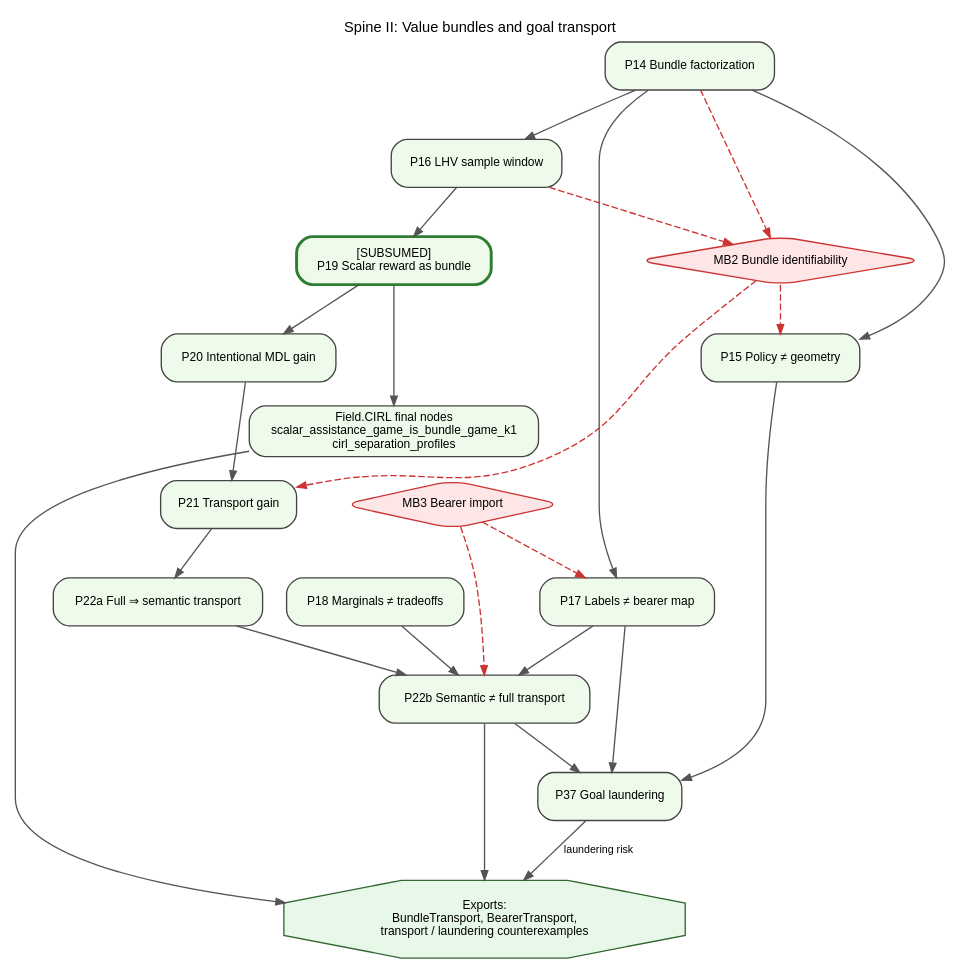
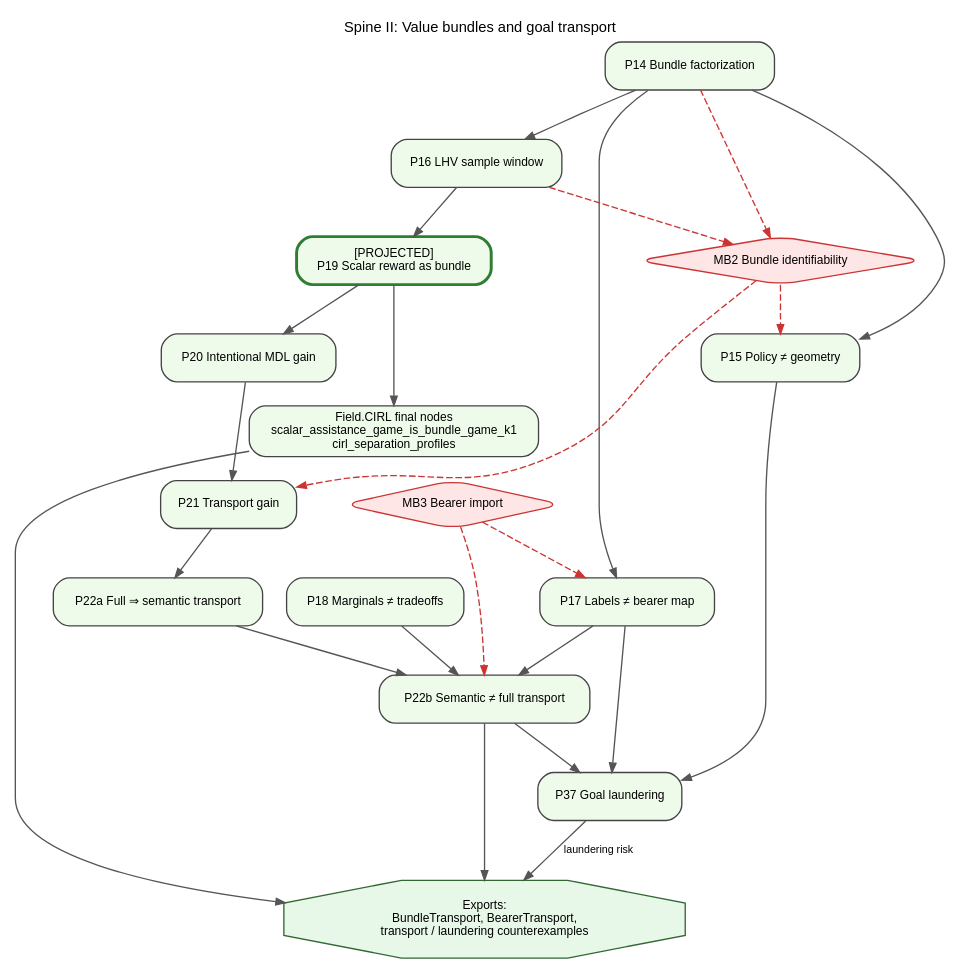
Before and after one commit to GunnarZarncke/towards-asi-alignment: the diagram in context/lean_proof_graphs/02-value-transport.dot, drawn with Graphviz. The commit also changed 11 other files, not shown here.

```diff
--- a/context/lean_proof_graphs/02-value-transport.dot
+++ b/context/lean_proof_graphs/02-value-transport.dot
@@ -1,55 +1,55 @@
 digraph Spine02ValueTransport {
   graph [
     rankdir=TB,
     bgcolor="white",
     splines=true,
     overlap=false,
     fontsize=11,
     fontname="Helvetica",
     label="Spine II: Value bundles and goal transport",
     labelloc="t"
   ];
   node [shape=box, style="rounded,filled", fontname="Helvetica", fontsize=9, color="#444444"];
   edge [fontname="Helvetica", fontsize=8, color="#555555", arrowsize=0.7];
 
   P14 [label="P14 Bundle factorization", fillcolor="#EFFBEA"];
   P15 [label="P15 Policy ≠ geometry", fillcolor="#EFFBEA"];
   P16 [label="P16 LHV sample window", fillcolor="#EFFBEA"];
   P17 [label="P17 Labels ≠ bearer map", fillcolor="#EFFBEA"];
   P18 [label="P18 Marginals ≠ tradeoffs", fillcolor="#EFFBEA"];
-  P19 [label="[SUBSUMED]\nP19 Scalar reward as bundle", fillcolor="#EFFBEA", color="#2E7D32", penwidth=2.2];
+  P19 [label="[PROJECTED]\nP19 Scalar reward as bundle", fillcolor="#EFFBEA", color="#2E7D32", penwidth=2.2];
   FCIRL [label="Field.CIRL final nodes\nscalar_assistance_game_is_bundle_game_k1\ncirl_separation_profiles", fillcolor="#EFFBEA"];
   P20 [label="P20 Intentional MDL gain", fillcolor="#EFFBEA"];
   P21 [label="P21 Transport gain", fillcolor="#EFFBEA"];
   P22a [label="P22a Full ⇒ semantic transport", fillcolor="#EFFBEA"];
   P22b [label="P22b Semantic ≠ full transport", fillcolor="#EFFBEA"];
   P37 [label="P37 Goal laundering", fillcolor="#EFFBEA"];
 
   MB2 [shape=diamond, fillcolor="#FFE6E6", color="#CC3333", label="MB2 Bundle identifiability"];
   MB3 [shape=diamond, fillcolor="#FFE6E6", color="#CC3333", label="MB3 Bearer import"];
 
   OUT [shape=octagon, style="filled", fillcolor="#E8F8E8", color="#336633",
        label="Exports:\nBundleTransport, BearerTransport,\ntransport / laundering counterexamples"];
 
   P14 -> P15;
   P14 -> P16;
   P14 -> P17;
   P16 -> P19 -> P20 -> P21 -> P22a -> P22b;
   P19 -> FCIRL;
   P17 -> P22b;
   P18 -> P22b;
   P15 -> P37;
   P17 -> P37;
   P22b -> P37;
 
   P14 -> MB2 [style=dashed, color="#CC3333"];
   P16 -> MB2 [style=dashed, color="#CC3333"];
   MB2 -> P15 [style=dashed, color="#CC3333"];
   MB2 -> P21 [style=dashed, color="#CC3333"];
   MB3 -> P17 [style=dashed, color="#CC3333"];
   MB3 -> P22b [style=dashed, color="#CC3333"];
 
   P22b -> OUT;
   FCIRL -> OUT;
   P37 -> OUT [label="laundering risk"];
 }
```
